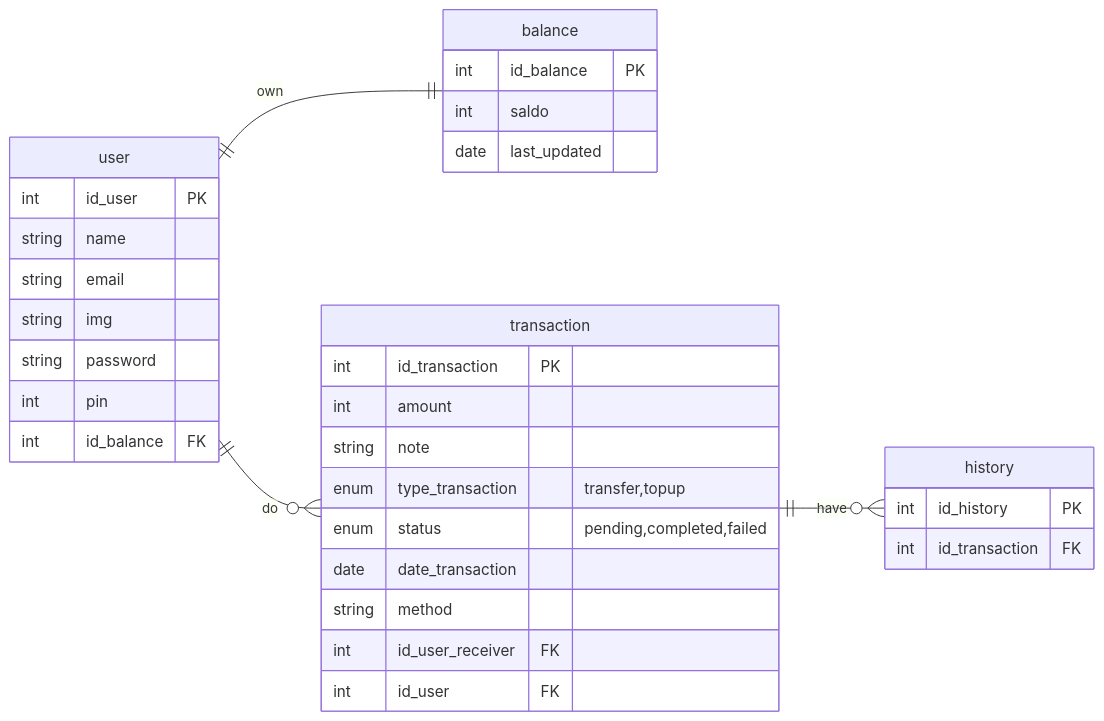
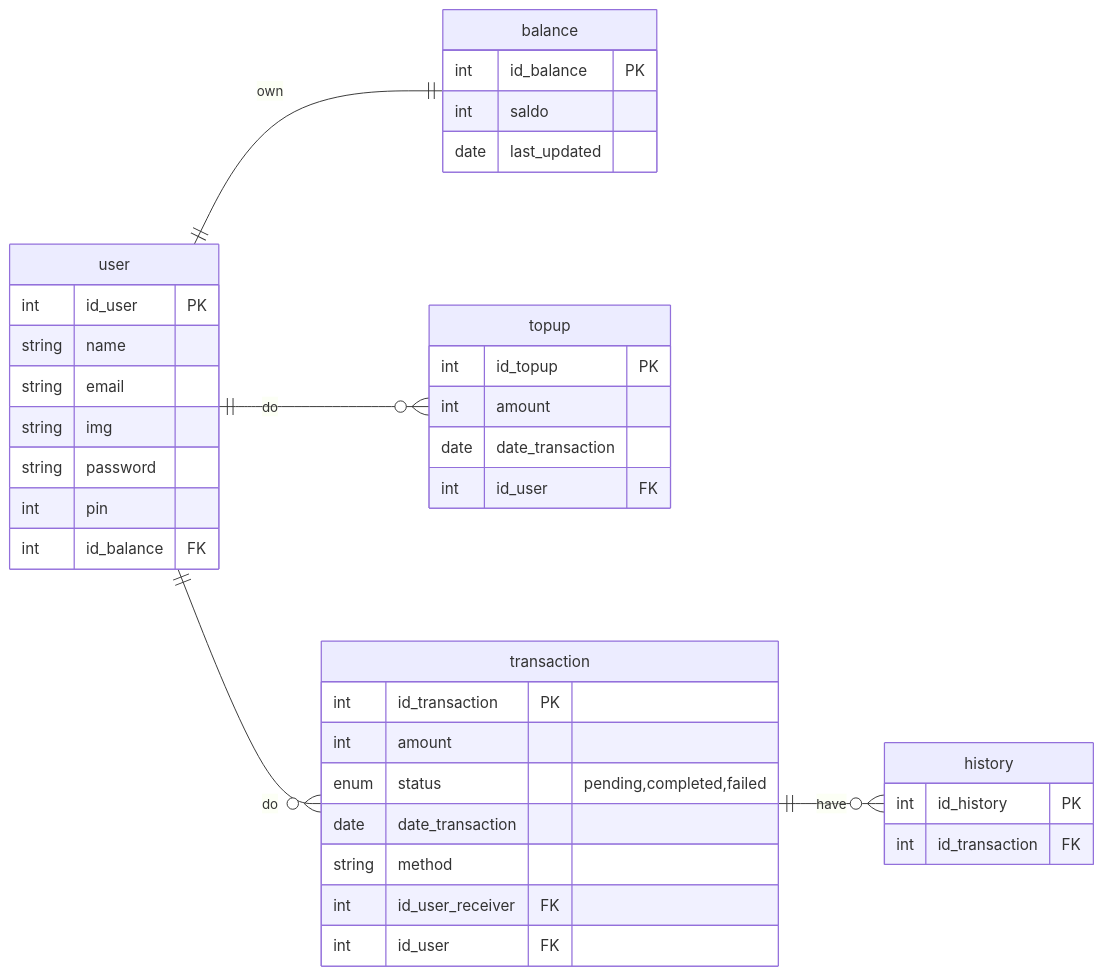
Before and after one commit to HN721/fgo24-db-ewallet: the diagram in readme.md, drawn with Mermaid.

Commit message:
docs :Update readme.md

````diff
--- a/readme.md
+++ b/readme.md
@@ -3,44 +3,49 @@
 ```mermaid
 erDiagram
 direction LR
     user ||--|| balance : own
+    user ||--o{ topup : do
  user ||--o{ transaction : do
     transaction ||--o{ history : have
 
     user {
         int id_user PK
         string name
         string email
         string img
         string password
         int pin
         int id_balance FK
     }
 
     balance {
         int id_balance PK
         int saldo
         date last_updated
     }
 
 
     transaction {
         int id_transaction PK
         int amount
-        string note
-        enum type_transaction "transfer,topup"
+
         enum status "pending,completed,failed"
         date date_transaction
         string method
-
         int id_user_receiver FK
+        int id_user FK
+    }
+    topup {
+        int id_topup PK
+        int amount
+        date date_transaction
         int id_user FK
     }
 
     history {
         int id_history PK
         int id_transaction FK
     }
 
 
 ```
````
